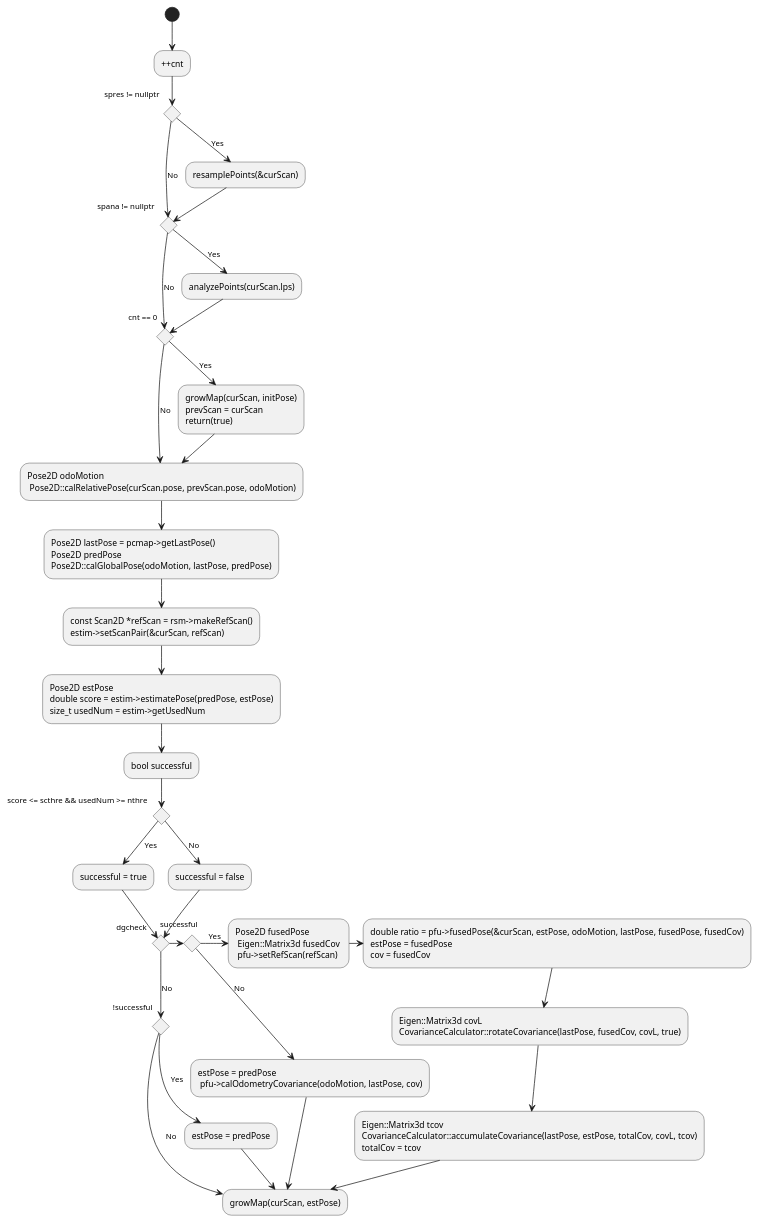
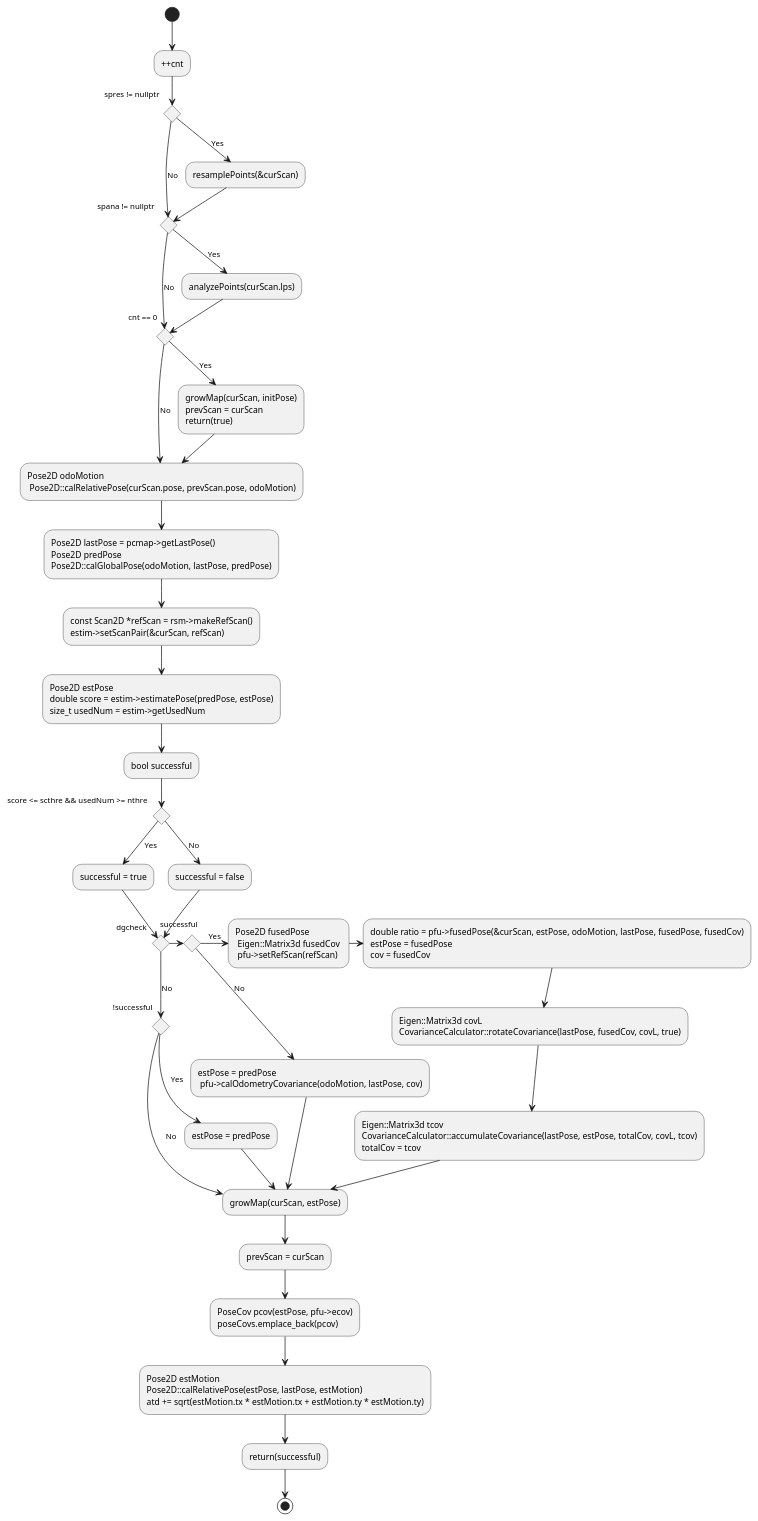
The diagram in PlantUML/ScanMatcher2D/ScanMatcher2D_Activity_matchScan.puml (ShisatoYano/SLAMDesignUML), drawn with PlantUML before and after one commit.

Commit message:
update activity to matchScan.

```diff
--- a/PlantUML/ScanMatcher2D/ScanMatcher2D_Activity_matchScan.puml
+++ b/PlantUML/ScanMatcher2D/ScanMatcher2D_Activity_matchScan.puml
@@ -1,59 +1,67 @@
 @startuml
 
 /'
     execute scan matching
     input: Scan2D &curScan
 '/
 
 (*) --> "++cnt"
 --> if "spres != nullptr" as if_spres then
 --> [No] if "spana != nullptr" as if_spana then
 else
 if_spres --> [Yes] "resamplePoints(&curScan)"
 --> if_spana
 --> [No] if "cnt == 0" as if_cnt then
 else
 if_spana --> [Yes] "analyzePoints(curScan.lps)"
 --> if_cnt
 --> [No] "Pose2D odoMotion \n Pose2D::calRelativePose(curScan.pose, prevScan.pose, odoMotion)"
 else
 if_cnt --> [Yes] "growMap(curScan, initPose)
 prevScan = curScan
 return(true)"
 --> "Pose2D odoMotion \n Pose2D::calRelativePose(curScan.pose, prevScan.pose, odoMotion)"
 --> "Pose2D lastPose = pcmap->getLastPose()
 Pose2D predPose
 Pose2D::calGlobalPose(odoMotion, lastPose, predPose)"
 --> "const Scan2D *refScan = rsm->makeRefScan()
 estim->setScanPair(&curScan, refScan)"
 --> "Pose2D estPose
 double score = estim->estimatePose(predPose, estPose)
 size_t usedNum = estim->getUsedNum"
 --> "bool successful"
 --> if "score <= scthre && usedNum >= nthre" as if_icp then
 --> [Yes] "successful = true"
 --> if "dgcheck" as if_dg then
 else
 if_dg -> if "successful" as if_suc then
 if_suc --> [No] "estPose = predPose \n pfu->calOdometryCovariance(odoMotion, lastPose, cov)"
 --> "growMap(curScan, estPose)"
 else
 if_suc -> [Yes] "Pose2D fusedPose \n Eigen::Matrix3d fusedCov \n pfu->setRefScan(refScan)"
 -> "double ratio = pfu->fusedPose(&curScan, estPose, odoMotion, lastPose, fusedPose, fusedCov)
 estPose = fusedPose
 cov = fusedCov"
 --> "Eigen::Matrix3d covL
 CovarianceCalculator::rotateCovariance(lastPose, fusedCov, covL, true)"
 --> "Eigen::Matrix3d tcov
 CovarianceCalculator::accumulateCovariance(lastPose, estPose, totalCov, covL, tcov)
 totalCov = tcov"
 --> "growMap(curScan, estPose)"
 if_icp --> [No] "successful = false"
 --> if_dg
 --> [No] if "!successful" as if_no_suc then
 --> [Yes] "estPose = predPose"
 --> "growMap(curScan, estPose)"
 else
 if_no_suc --> [No] "growMap(curScan, estPose)"
+--> "prevScan = curScan"
+--> "PoseCov pcov(estPose, pfu->ecov)
+poseCovs.emplace_back(pcov)"
+--> "Pose2D estMotion
+Pose2D::calRelativePose(estPose, lastPose, estMotion)
+atd += sqrt(estMotion.tx * estMotion.tx + estMotion.ty * estMotion.ty)"
+--> "return(successful)"
+--> (*)
 
 @enduml
```
